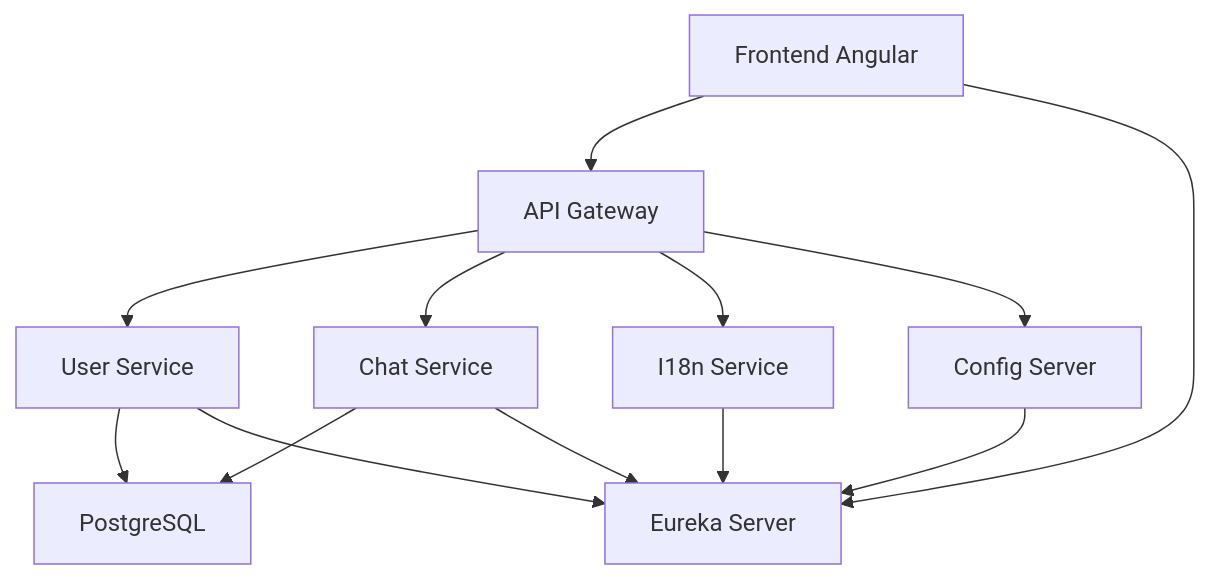
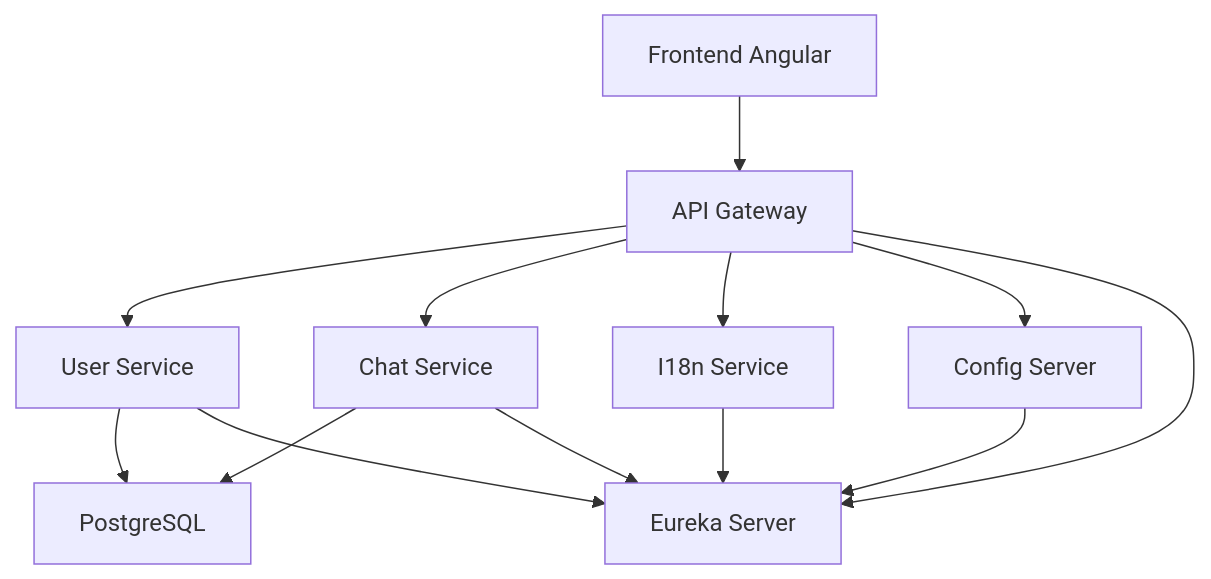
Before and after one commit to mathador/p7_YourCarYourWay: the diagram in readme.md, drawn with Mermaid. The commit also changed other lines of this file and 43 other files, not shown here.

````diff
--- a/readme.md
+++ b/readme.md
@@ -49,15 +189,17 @@
 ```mermaid
+
 graph TD
     A[Frontend Angular] --> B[API Gateway]
     B --> C[User Service]
     B --> D[Chat Service]
     B --> E[I18n Service]
     C --> F[PostgreSQL]
     D --> F
     B --> G[Config Server]
-    A --> H[Eureka Server]
+    B --> H[Eureka Server]
     C --> H
     D --> H
     E --> H
     G --> H
+    
 ```
````
